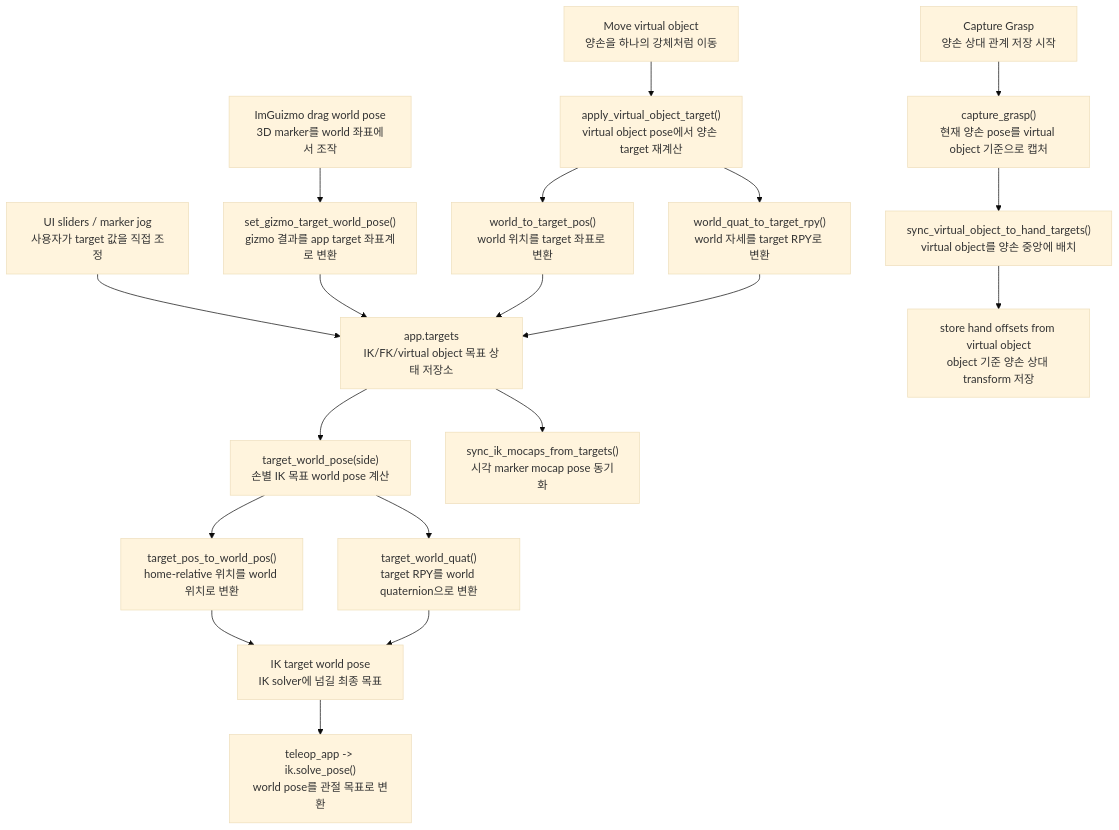
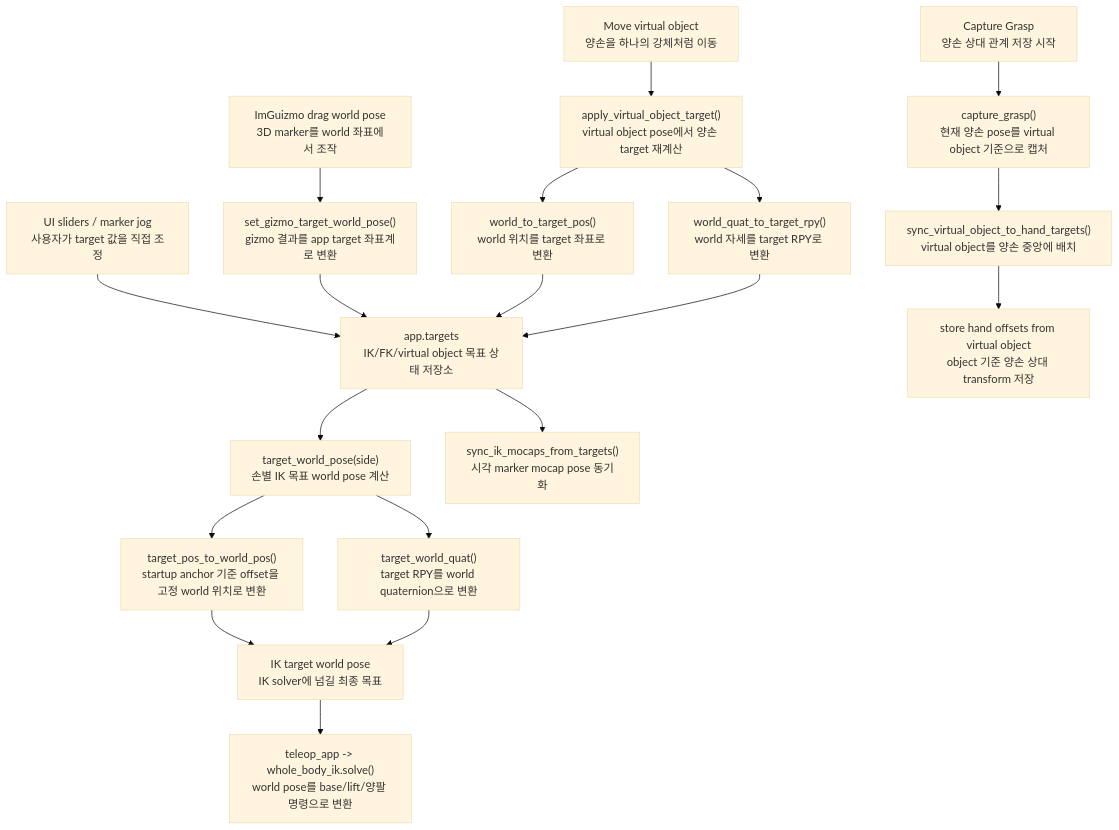
Before and after one commit to ggh-png/ffw-sh5-grasp: the diagram in docs/guide/teleop_targets.md, drawn with Mermaid (base theme). The commit also changed other lines of this file and 20 other files, not shown here.

Commit message:
Add ROS-free whole-body IK and stabilize mobile control

````diff
--- a/docs/guide/teleop_targets.md
+++ b/docs/guide/teleop_targets.md
@@ -85,22 +86,22 @@
 ```mermaid
 flowchart TD
     A["UI sliders / marker jog<br>사용자가 target 값을 직접 조정"] --> B["app.targets<br>IK/FK/virtual object 목표 상태 저장소"]
     C["ImGuizmo drag world pose<br>3D marker를 world 좌표에서 조작"] --> D["set_gizmo_target_world_pose()<br>gizmo 결과를 app target 좌표계로 변환"]
     D --> B
     B --> E["target_world_pose(side)<br>손별 IK 목표 world pose 계산"]
-    E --> F["target_pos_to_world_pos()<br>home-relative 위치를 world 위치로 변환"]
+    E --> F["target_pos_to_world_pos()<br>startup anchor 기준 offset을 고정 world 위치로 변환"]
     E --> G["target_world_quat()<br>target RPY를 world quaternion으로 변환"]
     F --> H["IK target world pose<br>IK solver에 넘길 최종 목표"]
     G --> H
-    H --> I["teleop_app -> ik.solve_pose()<br>world pose를 관절 목표로 변환"]
+    H --> I["teleop_app -> whole_body_ik.solve()<br>world pose를 base/lift/양팔 명령으로 변환"]
 
     J["Capture Grasp<br>양손 상대 관계 저장 시작"] --> K["capture_grasp()<br>현재 양손 pose를 virtual object 기준으로 캡처"]
     K --> L["sync_virtual_object_to_hand_targets()<br>virtual object를 양손 중앙에 배치"]
     L --> M["store hand offsets from virtual object<br>object 기준 양손 상대 transform 저장"]
     N["Move virtual object<br>양손을 하나의 강체처럼 이동"] --> O["apply_virtual_object_target()<br>virtual object pose에서 양손 target 재계산"]
     O --> P["world_to_target_pos()<br>world 위치를 target 좌표로 변환"]
     O --> Q["world_quat_to_target_rpy()<br>world 자세를 target RPY로 변환"]
     P --> B
     Q --> B
     B --> R["sync_ik_mocaps_from_targets()<br>시각 marker mocap pose 동기화"]
 ```
````
